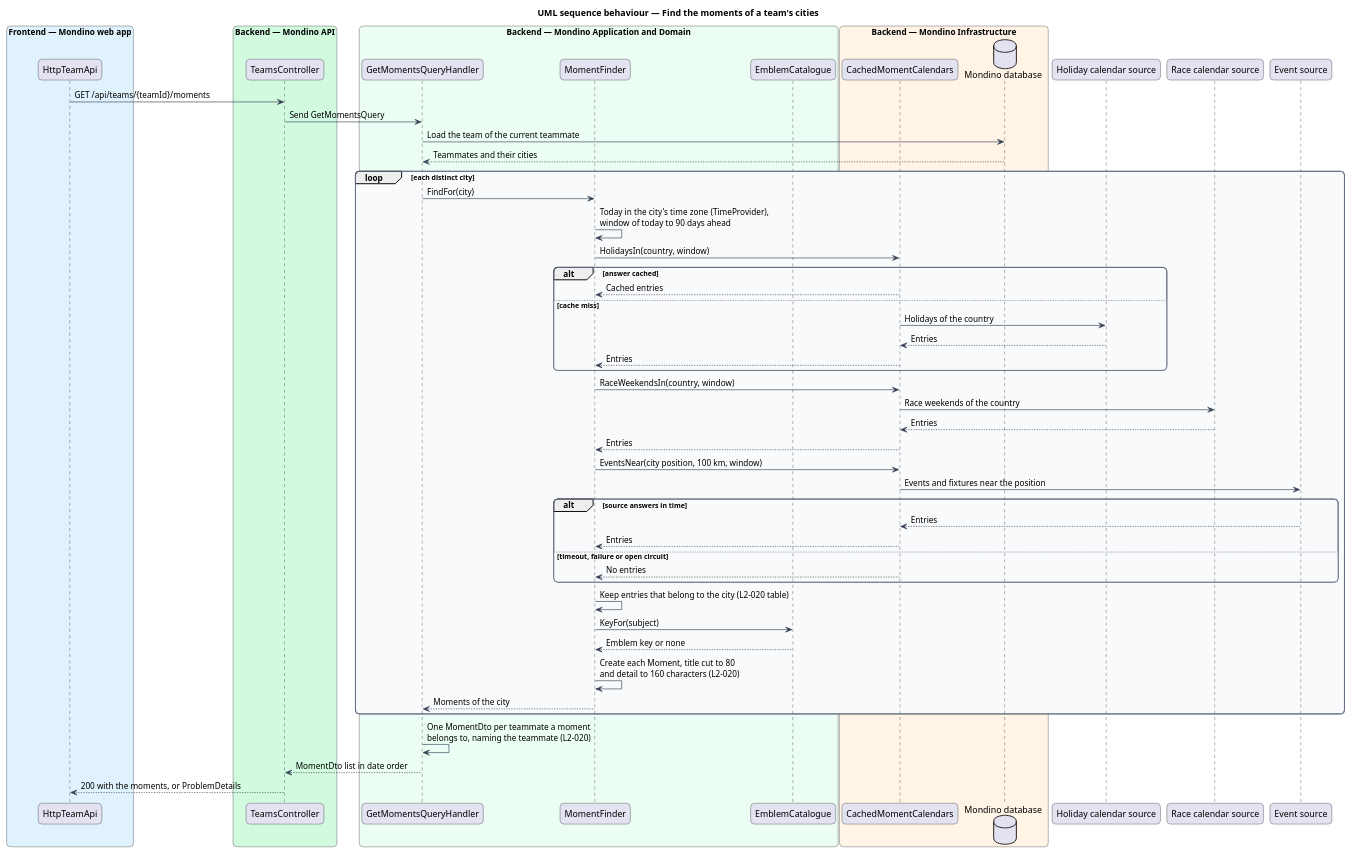
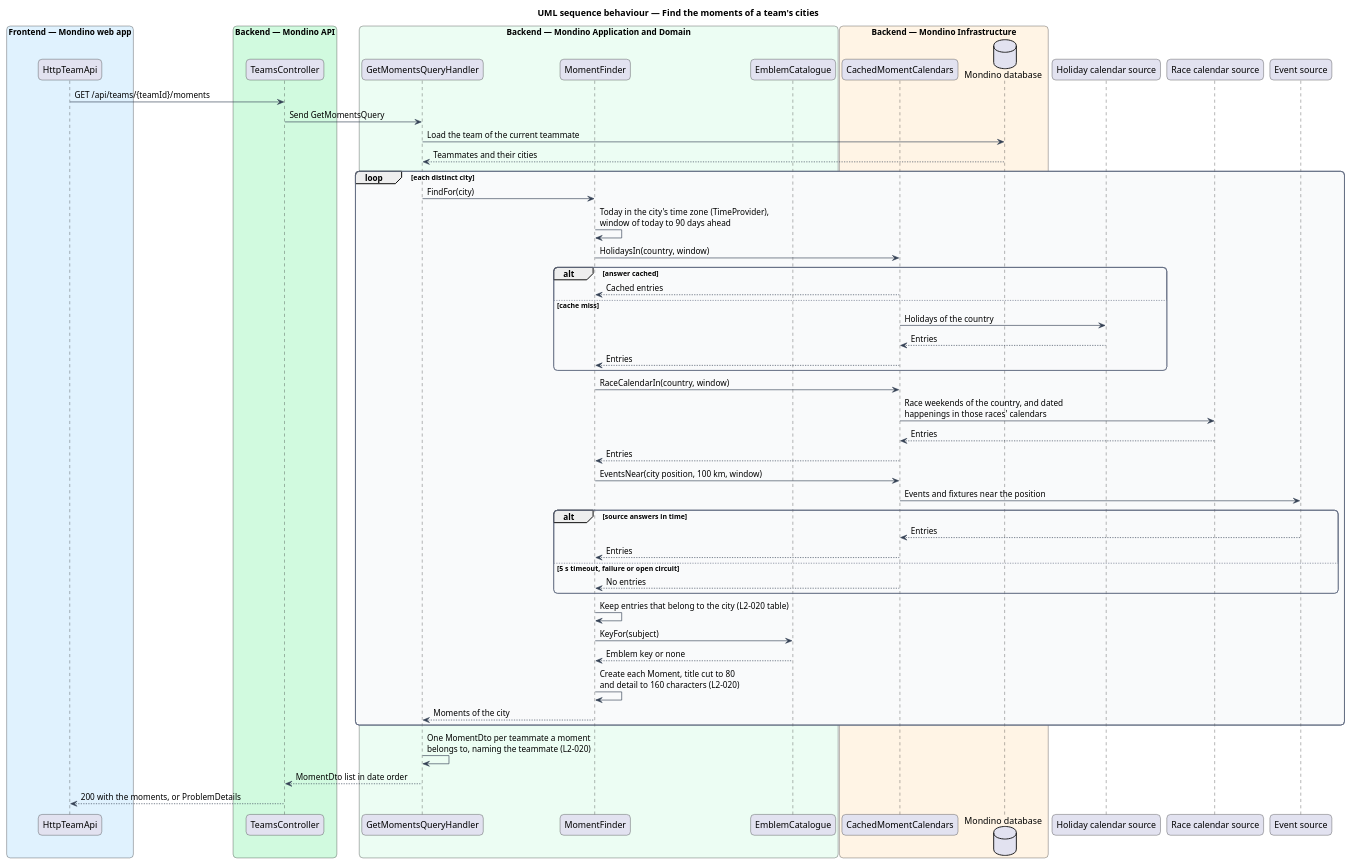
One commit to QuinntyneBrown/Mondino changed the diagram in docs/detailed-designs/moments/find-moments/diagrams/sequence-find-moments.puml. Above: the diagram before and after it, drawn with PlantUML. The commit also changed 11 other files, not shown here.

```diff
--- a/docs/detailed-designs/moments/find-moments/diagrams/sequence-find-moments.puml
+++ b/docs/detailed-designs/moments/find-moments/diagrams/sequence-find-moments.puml
@@ -1,72 +1,72 @@
 @startuml
 title UML sequence behaviour — Find the moments of a team's cities
 skinparam backgroundColor #FFFFFF
 skinparam shadowing false
 skinparam roundcorner 12
 skinparam defaultFontName Arial
 skinparam ArrowColor #344054
 skinparam rectangle {
   BorderColor #344054
   FontColor #101828
 }
 skinparam package {
   BorderColor #667085
   FontColor #101828
   BackgroundColor #F9FAFB
 }
 box "Frontend — Mondino web app" #E0F2FE
   participant "HttpTeamApi" as client
 end box
 box "Backend — Mondino API" #D1FADF
   participant "TeamsController" as controller
 end box
 box "Backend — Mondino Application and Domain" #ECFDF3
   participant "GetMomentsQueryHandler" as handler
   participant "MomentFinder" as finder
   participant "EmblemCatalogue" as emblems
 end box
 box "Backend — Mondino Infrastructure" #FFF4E5
   participant "CachedMomentCalendars" as cache
   database "Mondino database" as db
 end box
 participant "Holiday calendar source" as holidays
 participant "Race calendar source" as races
 participant "Event source" as events
 
 client -> controller : GET /api/teams/{teamId}/moments
 controller -> handler : Send GetMomentsQuery
 handler -> db : Load the team of the current teammate
 db --> handler : Teammates and their cities
 loop each distinct city
   handler -> finder : FindFor(city)
   finder -> finder : Today in the city's time zone (TimeProvider),\nwindow of today to 90 days ahead
   finder -> cache : HolidaysIn(country, window)
   alt answer cached
     cache --> finder : Cached entries
   else cache miss
     cache -> holidays : Holidays of the country
     holidays --> cache : Entries
     cache --> finder : Entries
   end
-  finder -> cache : RaceWeekendsIn(country, window)
-  cache -> races : Race weekends of the country
+  finder -> cache : RaceCalendarIn(country, window)
+  cache -> races : Race weekends of the country, and dated\nhappenings in those races' calendars
   races --> cache : Entries
   cache --> finder : Entries
   finder -> cache : EventsNear(city position, 100 km, window)
   cache -> events : Events and fixtures near the position
   alt source answers in time
     events --> cache : Entries
     cache --> finder : Entries
-  else timeout, failure or open circuit
+  else 5 s timeout, failure or open circuit
     cache --> finder : No entries
   end
   finder -> finder : Keep entries that belong to the city (L2-020 table)
   finder -> emblems : KeyFor(subject)
   emblems --> finder : Emblem key or none
   finder -> finder : Create each Moment, title cut to 80\nand detail to 160 characters (L2-020)
   finder --> handler : Moments of the city
 end
 handler -> handler : One MomentDto per teammate a moment\nbelongs to, naming the teammate (L2-020)
 handler --> controller : MomentDto list in date order
 controller --> client : 200 with the moments, or ProblemDetails
 @enduml
```
